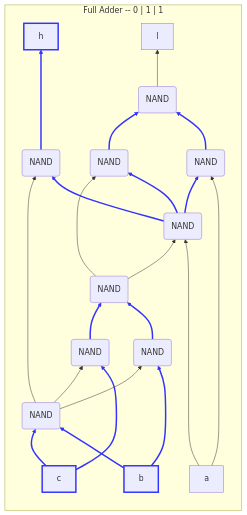
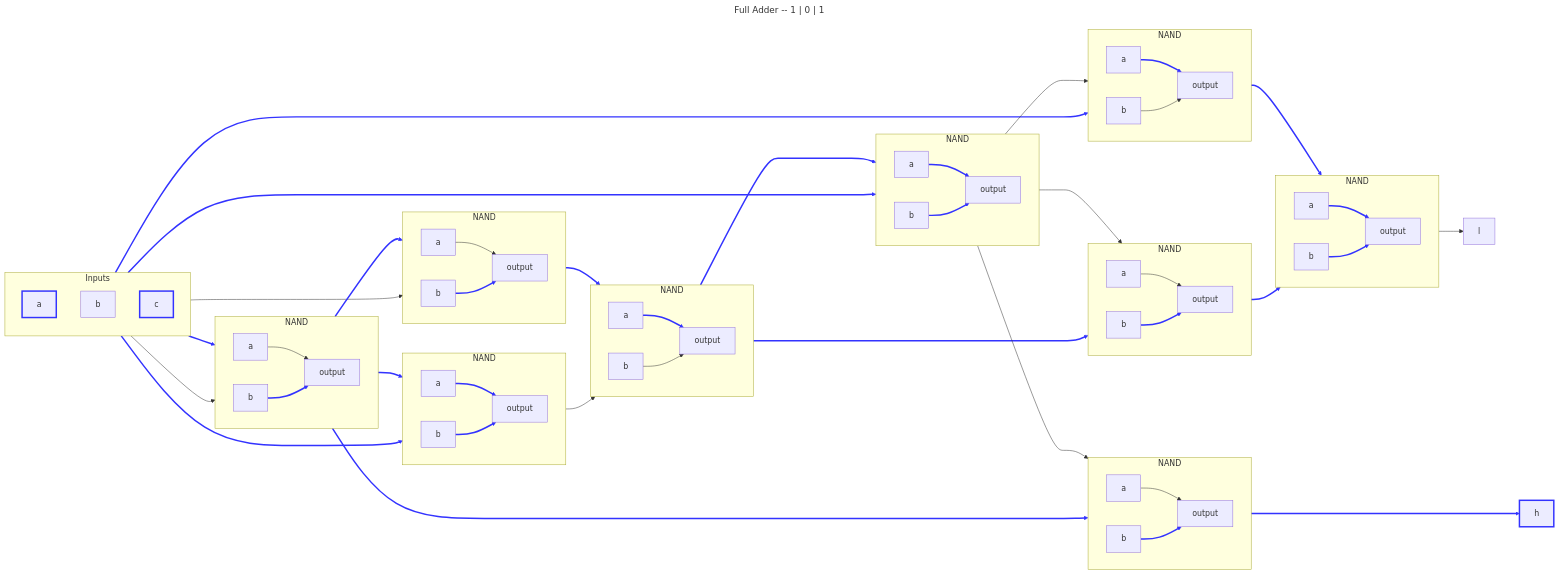
Before and after one commit to DaveyJH/nandgame: the sixth of 9 diagrams in arithmetic/full-adder.md, drawn with Mermaid. The commit also changed other lines of this file, not shown here.

Commit message:
feat: Update Full Adder to new style

````diff
--- a/arithmetic/full-adder.md
+++ b/arithmetic/full-adder.md
@@ -156,32 +507,97 @@
 ```mermaid
-flowchart BT
-subgraph "Full Adder -- 0 | 1 | 1"
-direction BT
+---
+title: Full Adder -- 1 | 0 | 1
+---
+flowchart LR;
 
-a[a]----->n1(NAND) & n2(NAND);
-b[b]:::ON-->n3(NAND) & n4(NAND);
-c[c]:::ON-->n4 & n5(NAND);
-n1-->n2 & n6(NAND) & n8(NAND);
-n2-->n9(NAND);
-n3-->n7(NAND);
-n4-->n3 & n6 & n5;
-n5-->n7;
-n6--->h[h]:::ON;
-n7-->n8 & n1;
-n8-->n9;
-n9-->l[l];
+subgraph n1 [NAND];
+  direction LR;
+  n1ina[a] & n1inb[b] --> n1o[output];
+end;
+
+subgraph n2 [NAND];
+  direction LR;
+  n2ina[a] & n2inb[b] --> n2o[output];
+end;
+
+subgraph n3 [NAND];
+  direction LR;
+  n3ina[a] & n3inb[b] --> n3o[output];
+end;
+
+subgraph n4 [NAND];
+  direction LR;
+  n4ina[a] & n4inb[b] --> n4o[output];
+end;
+
+subgraph n5 [NAND];
+  direction LR;
+  n5ina[a] & n5inb[b] --> n5o[output];
+end;
+
+subgraph n6 [NAND];
+  direction LR;
+  n6ina[a] & n6inb[b] --> n6o[output];
+end;
+
+subgraph n7 [NAND];
+  direction LR;
+  n7ina[a] & n7inb[b] --> n7o[output];
+end;
+
+subgraph n8 [NAND];
+  direction LR;
+  n8ina[a] & n8inb[b] --> n8o[output];
+end;
+
+subgraph n9 [NAND];
+  direction LR;
+  n9ina[a] & n9inb[b] --> n9o[output];
+end;
+
+subgraph inputs [Inputs];
+  direction TB;
+  a[a];
+  b[b];
+  c[c];
+end;
+
+a[a]:::ON ---------> n1inb & n2ina;
+b[b] --> n3ina & n4ina;
+c[c]:::ON --> n4inb & n5inb;
+n1o ---> n2inb & n6ina & n9ina;
+n2o --> n7ina;
+n3o --> n8ina;
+n4o --> n3inb & n5ina & n6inb;
+n5o --> n8inb;
+n6o ----> h[h]:::ON;
+n7o --> l[l];
+n8o --> n1ina & n9inb;
+n9o --> n7inb;
 classDef ON stroke:#33f,stroke-width:3px;
+linkStyle 0 stroke:#33f,stroke-width:3px;
+linkStyle 1 stroke:#33f,stroke-width:3px;
 linkStyle 2 stroke:#33f,stroke-width:3px;
-linkStyle 3 stroke:#33f,stroke-width:3px;
-linkStyle 4 stroke:#33f,stroke-width:3px;
 linkStyle 5 stroke:#33f,stroke-width:3px;
-linkStyle 6 stroke:#33f,stroke-width:3px;
 linkStyle 7 stroke:#33f,stroke-width:3px;
 linkStyle 8 stroke:#33f,stroke-width:3px;
 linkStyle 9 stroke:#33f,stroke-width:3px;
-linkStyle 10 stroke:#33f,stroke-width:3px;
+linkStyle 11 stroke:#33f,stroke-width:3px;
+linkStyle 12 stroke:#33f,stroke-width:3px;
+linkStyle 13 stroke:#33f,stroke-width:3px;
 linkStyle 14 stroke:#33f,stroke-width:3px;
-linkStyle 15 stroke:#33f,stroke-width:3px;
+linkStyle 17 stroke:#33f,stroke-width:3px;
 linkStyle 18 stroke:#33f,stroke-width:3px;
-end
+linkStyle 19 stroke:#33f,stroke-width:3px;
+linkStyle 22 stroke:#33f,stroke-width:3px;
+linkStyle 23 stroke:#33f,stroke-width:3px;
+linkStyle 27 stroke:#33f,stroke-width:3px;
+linkStyle 28 stroke:#33f,stroke-width:3px;
+linkStyle 29 stroke:#33f,stroke-width:3px;
+linkStyle 30 stroke:#33f,stroke-width:3px;
+linkStyle 31 stroke:#33f,stroke-width:3px;
+linkStyle 33 stroke:#33f,stroke-width:3px;
+linkStyle 35 stroke:#33f,stroke-width:3px;
+linkStyle 36 stroke:#33f,stroke-width:3px;
+linkStyle 37 stroke:#33f,stroke-width:3px;
 ```
````
